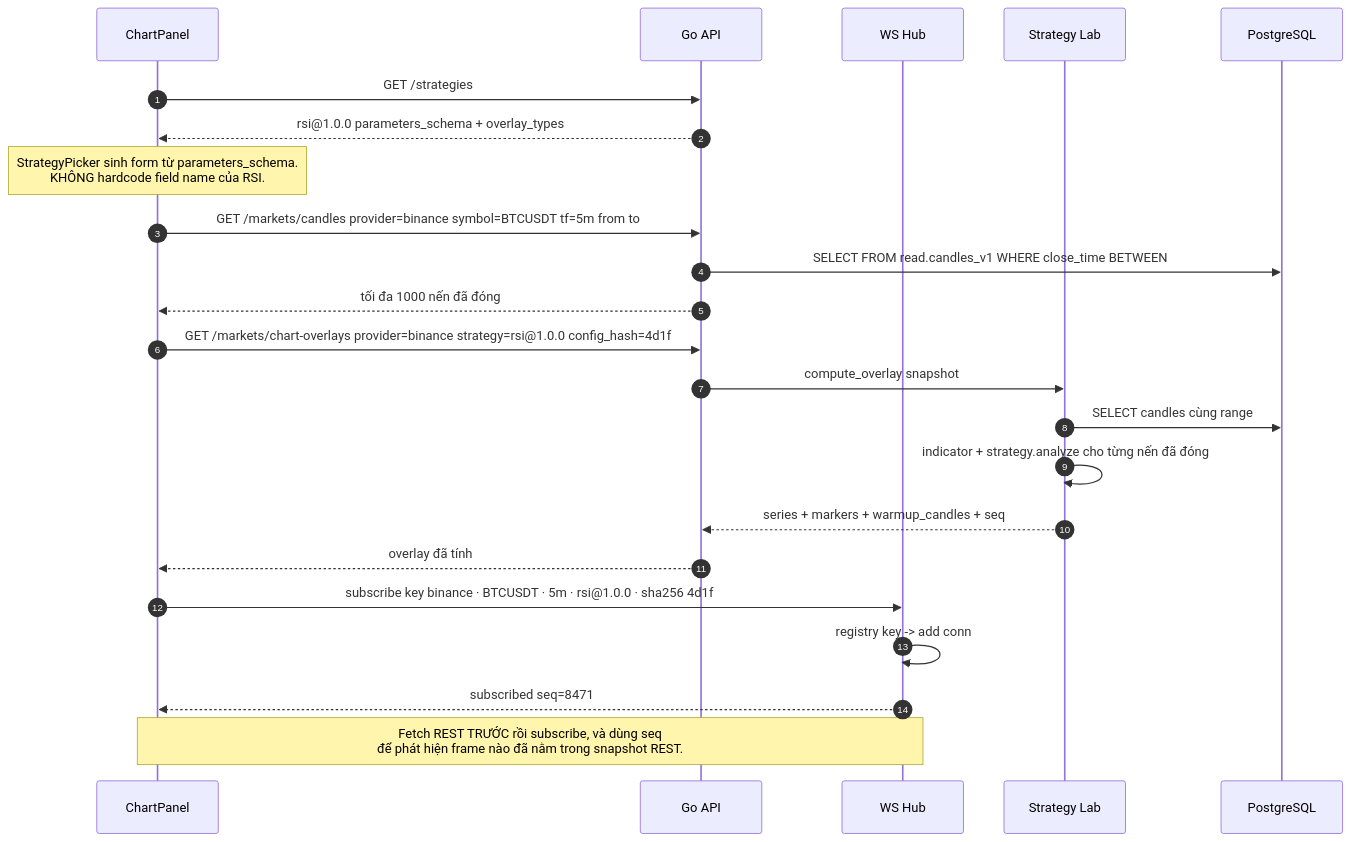
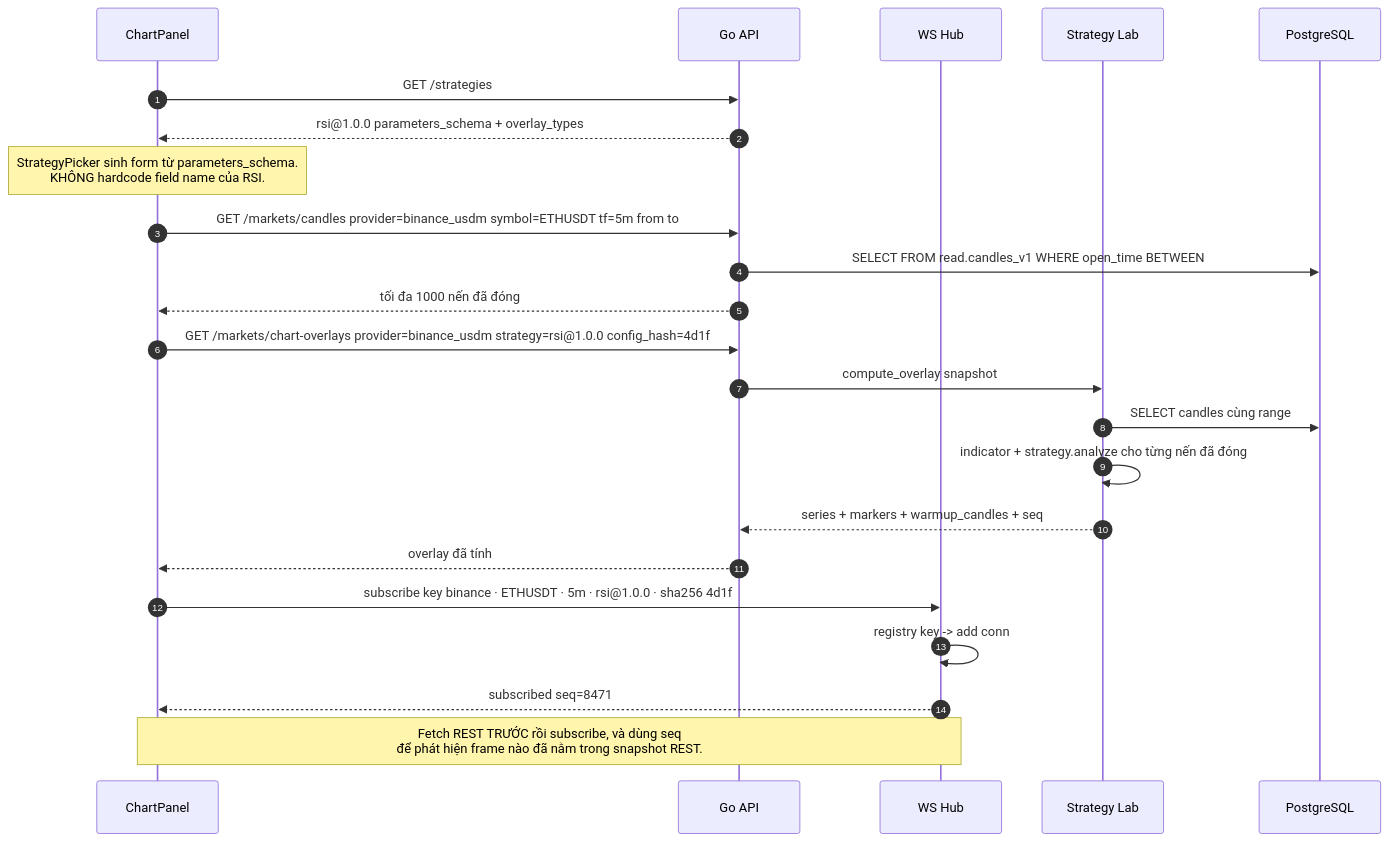
Before and after one commit to EnsoTech-Studio/CryptoBot: the first of 2 diagrams in blueprint/specs/chart-overlay.md, drawn with Mermaid. The commit also changed other lines of this file and 69 other files, not shown here.

First line of the commit message:
docs(blueprint): reconcile Go architecture

````diff
--- a/blueprint/specs/chart-overlay.md
+++ b/blueprint/specs/chart-overlay.md
@@ -172,29 +190,29 @@
 ```mermaid
 sequenceDiagram
     autonumber
     participant P as ChartPanel
     participant API as Go API
     participant WS as WS Hub
     participant LAB as Strategy Lab
     participant DB as PostgreSQL
 
     P->>API: GET /strategies
     API-->>P: rsi@1.0.0 parameters_schema + overlay_types
     Note over P: StrategyPicker sinh form từ parameters_schema.<br/>KHÔNG hardcode field name của RSI.
 
-    P->>API: GET /markets/candles provider=binance symbol=BTCUSDT tf=5m from to
-    API->>DB: SELECT FROM read.candles_v1 WHERE close_time BETWEEN
+    P->>API: GET /markets/candles provider=binance_usdm symbol=ETHUSDT tf=5m from to
+    API->>DB: SELECT FROM read.candles_v1 WHERE open_time BETWEEN
     API-->>P: tối đa 1000 nến đã đóng
 
-    P->>API: GET /markets/chart-overlays provider=binance strategy=rsi@1.0.0 config_hash=4d1f
+    P->>API: GET /markets/chart-overlays provider=binance_usdm strategy=rsi@1.0.0 config_hash=4d1f
     API->>LAB: compute_overlay snapshot
     LAB->>DB: SELECT candles cùng range
     LAB->>LAB: indicator + strategy.analyze cho từng nến đã đóng
     LAB-->>API: series + markers + warmup_candles + seq
     API-->>P: overlay đã tính
 
-    P->>WS: subscribe key binance · BTCUSDT · 5m · rsi@1.0.0 · sha256 4d1f
+    P->>WS: subscribe key binance · ETHUSDT · 5m · rsi@1.0.0 · sha256 4d1f
     WS->>WS: registry key -> add conn
     WS-->>P: subscribed seq=8471
     Note over P,WS: Fetch REST TRƯỚC rồi subscribe, và dùng seq<br/>để phát hiện frame nào đã nằm trong snapshot REST.
 ```
````
